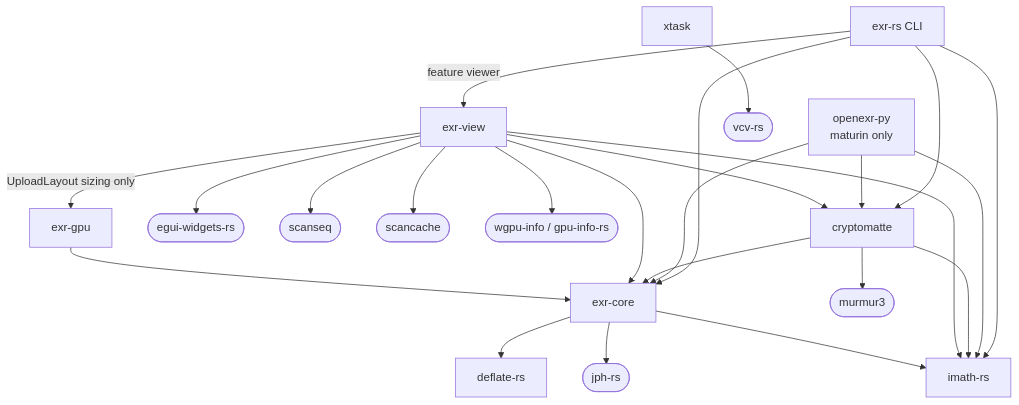
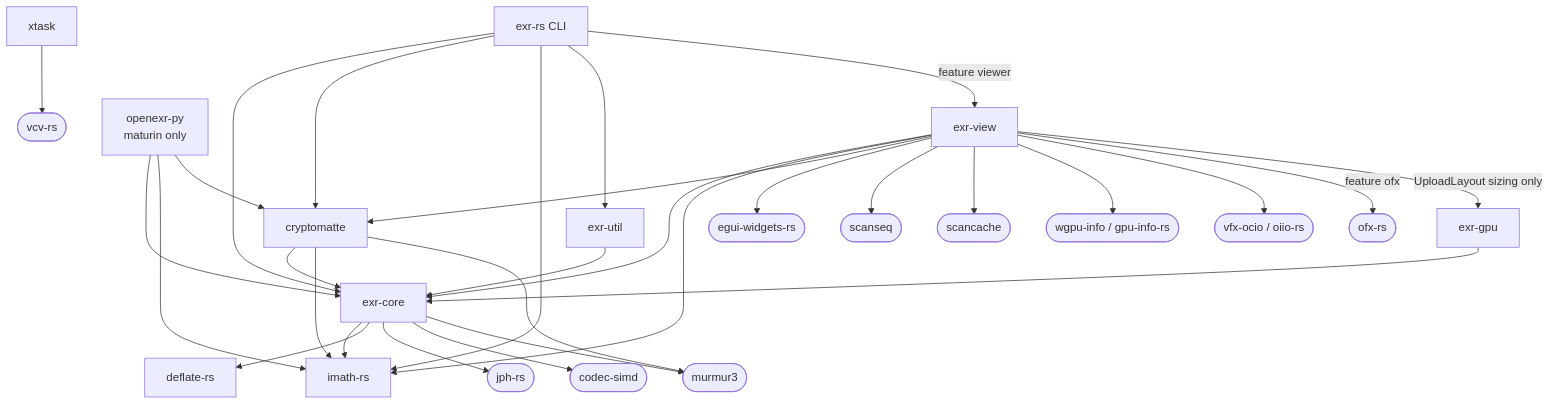
One commit to ssoj13/exr-rs changed the first of 9 diagrams in docs/DIAGRAMS.md. Above: the diagram before and after it, drawn with Mermaid. The commit also changed other lines of this file and 18 other files, not shown here.

````diff
--- a/docs/DIAGRAMS.md
+++ b/docs/DIAGRAMS.md
@@ -10,26 +10,32 @@
 ```mermaid
 flowchart TD
     CLI[exr-rs CLI] --> core[exr-core]
     CLI --> crypto[cryptomatte]
     CLI --> imath[imath-rs]
+    CLI --> util[exr-util]
     CLI -->|feature viewer| view[exr-view]
+    util --> core
     py[openexr-py<br/>maturin only] --> core
     py --> imath
     py --> crypto
     crypto --> core
     crypto --> imath
     crypto --> murmur3([murmur3])
     view --> core
     view --> imath
     view --> crypto
     view --> widgets([egui-widgets-rs])
     view --> scanseq([scanseq])
     view --> scancache([scancache])
     view --> winfo([wgpu-info / gpu-info-rs])
+    view --> ocio([vfx-ocio / oiio-rs])
+    view -->|feature ofx| ofx([ofx-rs])
     view -->|UploadLayout sizing only| gpu
     gpu[exr-gpu] --> core
     core --> imath
     core --> deflate[deflate-rs]
     core --> jph([jph-rs])
+    core --> simd([codec-simd])
+    core --> murmur3
     xtask[xtask] --> vcv([vcv-rs])
 ```
````
